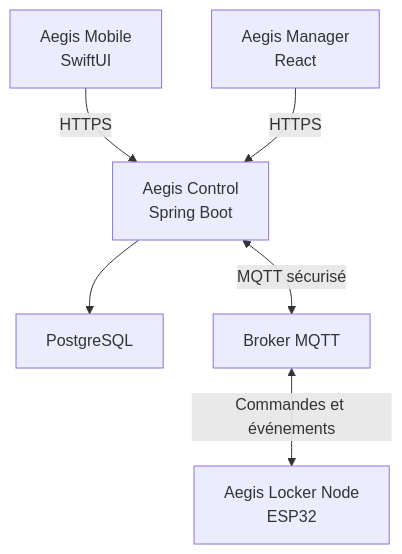
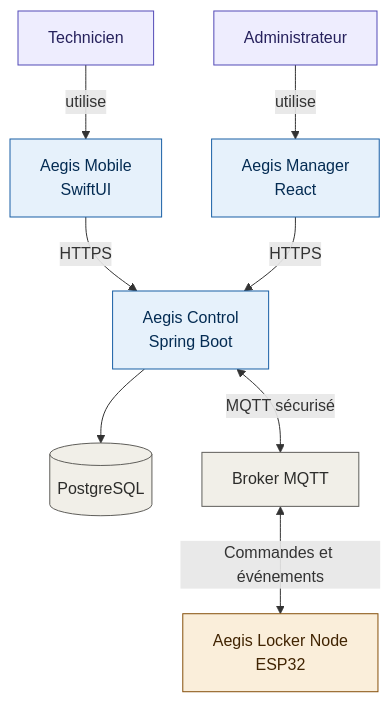
The first of 2 diagrams in README.md (PhilJordan18/aegis), drawn with Mermaid before and after one commit. The commit also changed 3 other files, not shown here.

First line of the commit message:
feat: Mermaid architecture-diagram style + diagram-engineer agent

````diff
--- a/README.md
+++ b/README.md
@@ -210,8 +210,24 @@
 ```mermaid
 flowchart TD
-    IOS["Aegis Mobile<br/>SwiftUI"] -->|HTTPS| API["Aegis Control<br/>Spring Boot"]
-    WEB["Aegis Manager<br/>React"] -->|HTTPS| API
-    API --> DB["PostgreSQL"]
-    API <-->|MQTT sécurisé| BROKER["Broker MQTT"]
-    BROKER <-->|Commandes et événements| NODE["Aegis Locker Node<br/>ESP32"]
+    TECH["Technicien"]:::persona
+    ADMIN["Administrateur"]:::persona
+    IOS["Aegis Mobile<br/>SwiftUI"]:::software
+    WEB["Aegis Manager<br/>React"]:::software
+    API["Aegis Control<br/>Spring Boot"]:::software
+    DB[("PostgreSQL")]:::infra
+    BROKER["Broker MQTT"]:::infra
+    NODE["Aegis Locker Node<br/>ESP32"]:::hardware
+
+    TECH -->|utilise| IOS
+    ADMIN -->|utilise| WEB
+    IOS -->|HTTPS| API
+    WEB -->|HTTPS| API
+    API --> DB
+    API <-->|MQTT sécurisé| BROKER
+    BROKER <-->|Commandes et événements| NODE
+
+    classDef persona fill:#EEEDFE,stroke:#534AB7,color:#26215C
+    classDef software fill:#E6F1FB,stroke:#185FA5,color:#042C53
+    classDef infra fill:#F1EFE8,stroke:#5F5E5A,color:#2C2C2A
+    classDef hardware fill:#FAEEDA,stroke:#854F0B,color:#412402
 ```
````
